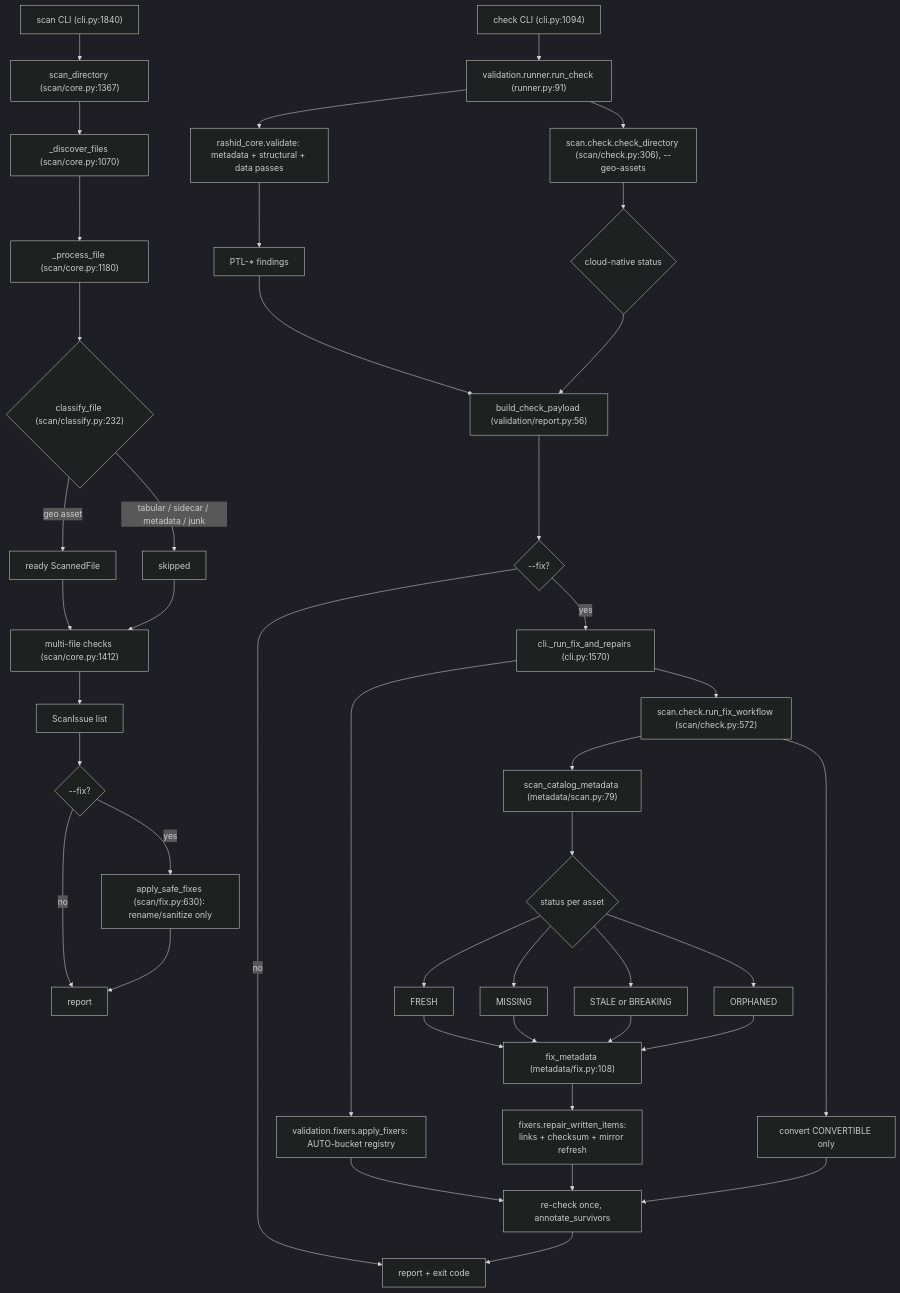
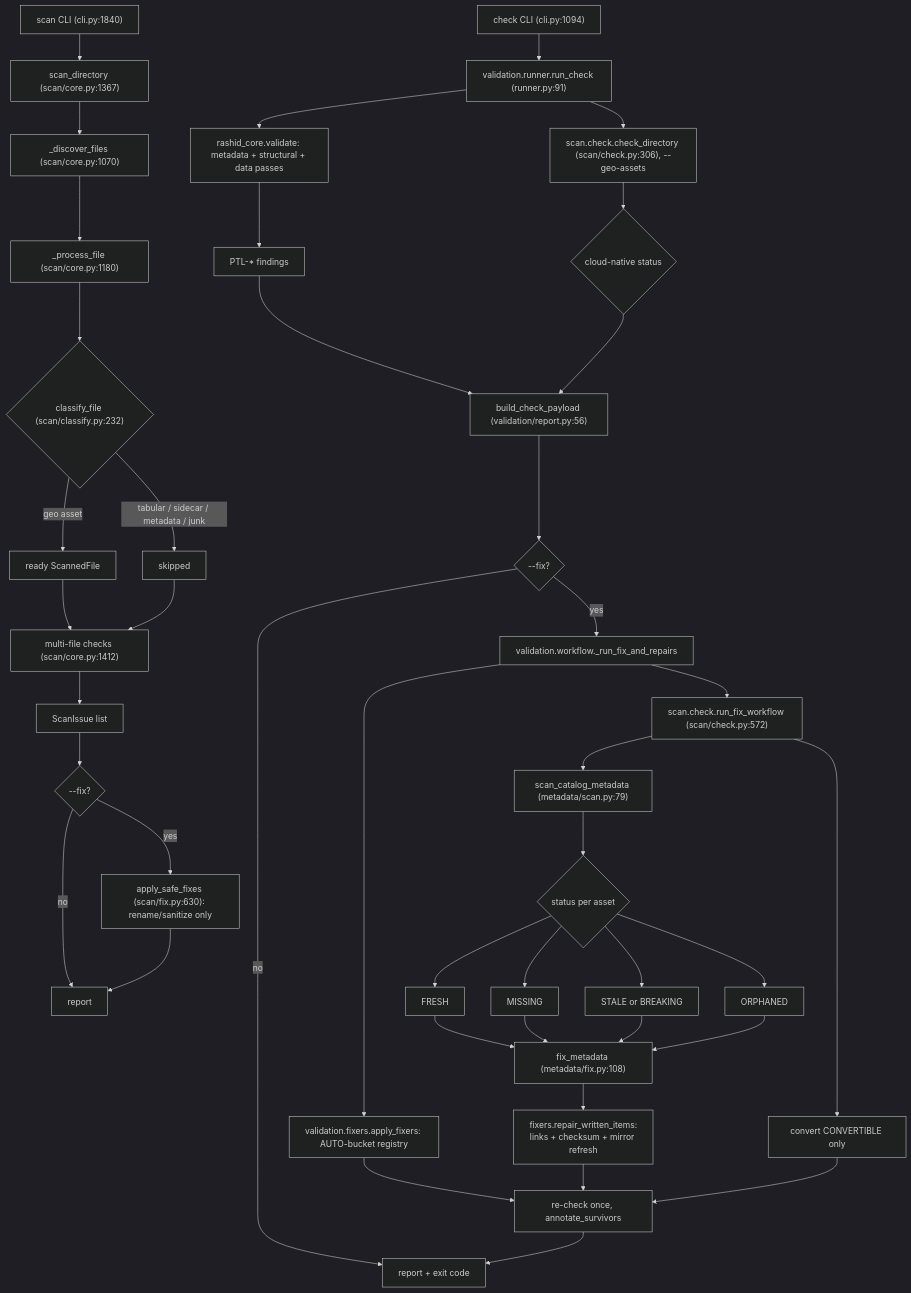
One commit to portolan-sdi/portolan-cli changed the diagram in .claude/rules/scan-check.md. Above: the diagram before and after it, drawn with Mermaid (dark theme). The commit also changed other lines of this file and 7 other files, not shown here.

First line of the commit message:
refactor(check): move the check workflow into validation.workflow

````diff
--- a/.claude/rules/scan-check.md
+++ b/.claude/rules/scan-check.md
@@ -20,45 +20,45 @@
 ```mermaid
 flowchart TD
     SCLI["scan CLI (cli.py:1840)"] --> SDIR["scan_directory (scan/core.py:1367)"]
     SDIR --> DISC["_discover_files (scan/core.py:1070)"]
     DISC --> PROC["_process_file (scan/core.py:1180)"]
     PROC --> CLS{"classify_file (scan/classify.py:232)"}
     CLS -->|geo asset| READY[ready ScannedFile]
     CLS -->|tabular / sidecar / metadata / junk| SKIP[skipped]
     READY --> MULTI["multi-file checks (scan/core.py:1412)"]
     SKIP --> MULTI
     MULTI --> ISSUES[ScanIssue list]
     ISSUES --> SFIX{--fix?}
     SFIX -->|yes| SAFE["apply_safe_fixes (scan/fix.py:630): rename/sanitize only"]
     SFIX -->|no| SOUT[report]
     SAFE --> SOUT
 
     CCLI["check CLI (cli.py:1094)"] --> RUN["validation.runner.run_check (runner.py:91)"]
     RUN --> RASHID["rashid_core.validate: metadata + structural + data passes"]
     RUN --> GEO["scan.check.check_directory (scan/check.py:306), --geo-assets"]
     RASHID --> FIND["PTL-* findings"]
     GEO --> GSTAT{cloud-native status}
     FIND --> PAY["build_check_payload (validation/report.py:56)"]
     GSTAT --> PAY
     PAY --> CFIX{--fix?}
     CFIX -->|no| CREPORT[report + exit code]
-    CFIX -->|yes| FIXR["cli._run_fix_and_repairs (cli.py:1570)"]
+    CFIX -->|yes| FIXR["validation.workflow._run_fix_and_repairs"]
     FIXR --> AUTO["validation.fixers.apply_fixers: AUTO-bucket registry"]
     FIXR --> LEG["scan.check.run_fix_workflow (scan/check.py:572)"]
     LEG --> MSCAN["scan_catalog_metadata (metadata/scan.py:79)"]
     LEG --> FIXG[convert CONVERTIBLE only]
     MSCAN --> STAT{status per asset}
     STAT --> FRESH
     STAT --> MISSING
     STAT --> STALE[STALE or BREAKING]
     STAT --> ORPHANED
     FRESH --> FIXM["fix_metadata (metadata/fix.py:108)"]
     MISSING --> FIXM
     STALE --> FIXM
     ORPHANED --> FIXM
     AUTO --> RECHK["re-check once, annotate_survivors"]
     FIXM --> POST["fixers.repair_written_items:<br/>links + checksum + mirror refresh"]
     POST --> RECHK
     FIXG --> RECHK
     RECHK --> CREPORT
 ```
````
